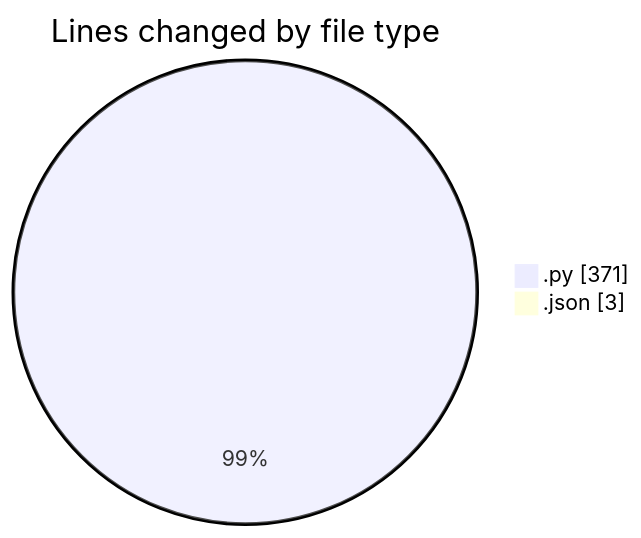
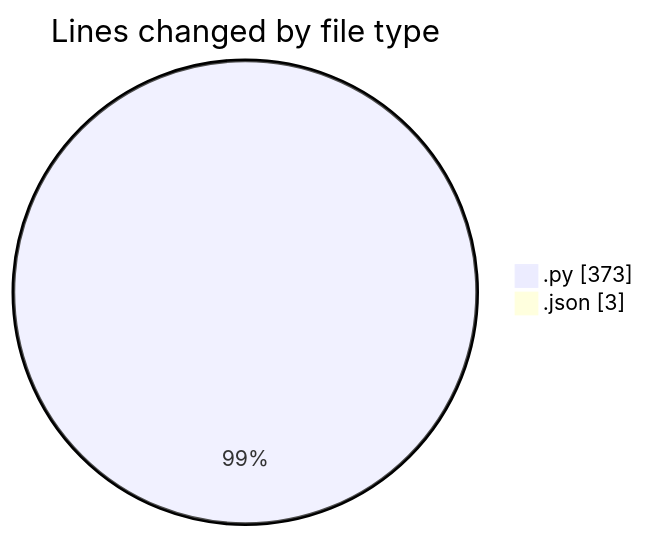
One commit to FelipKnott/code-tracking changed the first of 2 diagrams in 2025-07-13/cursor/README.md. Above: the diagram before and after it, drawn with Mermaid. The commit also changed other lines of this file and 1 other file, not shown here.

````diff
--- a/2025-07-13/cursor/README.md
+++ b/2025-07-13/cursor/README.md
@@ -26,6 +26,6 @@
 ```mermaid
 pie showData
 title Lines changed by file type
-".py" : 371
+".py" : 373
 ".json" : 3
 ```
````
